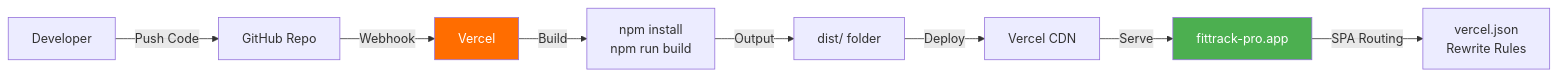
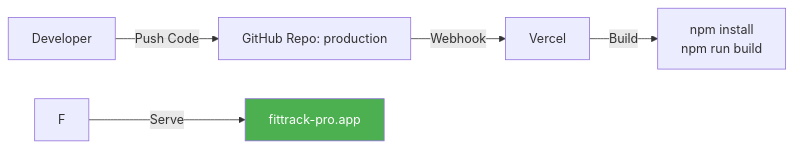
Before and after one commit to dedied/project-docs: the eighth of 8 diagrams in fittrack-pro/architecture.md, drawn with Mermaid. The commit also changed other lines of this file, not shown here.

Commit message:
mermaid fix

````diff
--- a/fittrack-pro/architecture.md
+++ b/fittrack-pro/architecture.md
@@ -237,13 +221,9 @@
 ```mermaid
 graph LR
-    A["Developer"] -->|Push Code| B["GitHub Repo"]
+    A["Developer"] -->|Push Code| B["GitHub Repo: production"]
     B -->|Webhook| C["Vercel"]
     C -->|Build| D["npm install<br/>npm run build"]
-    D -->|Output| E["dist/ folder"]
-    E -->|Deploy| F["Vercel CDN"]
     F -->|Serve| G["fittrack-pro.app"]
-    G -->|SPA Routing| H["vercel.json<br/>Rewrite Rules"]
-    
-    style C fill:#FF6D00,color:#fff
+
     style G fill:#4CAF50,color:#fff
 ```
````
